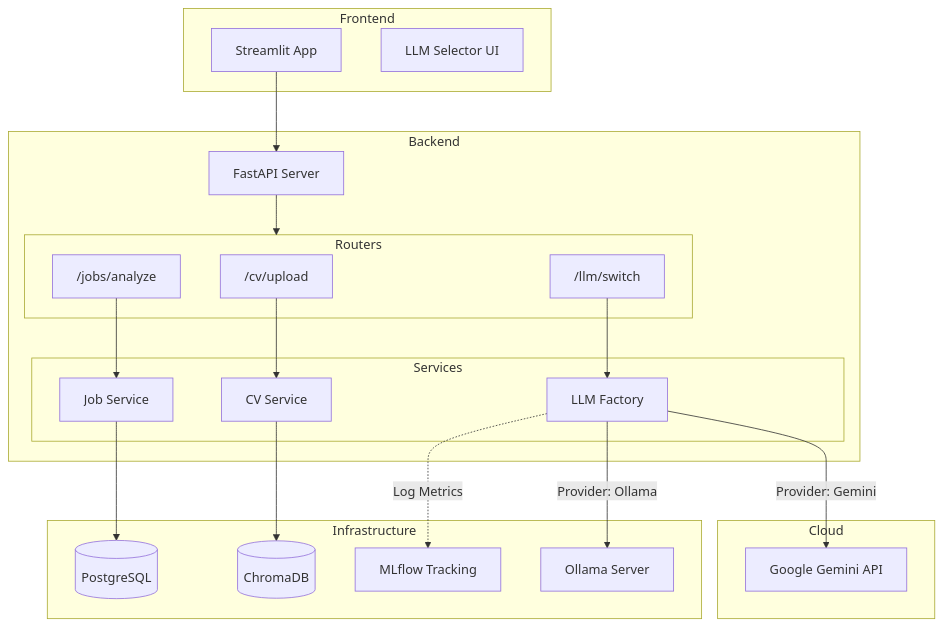
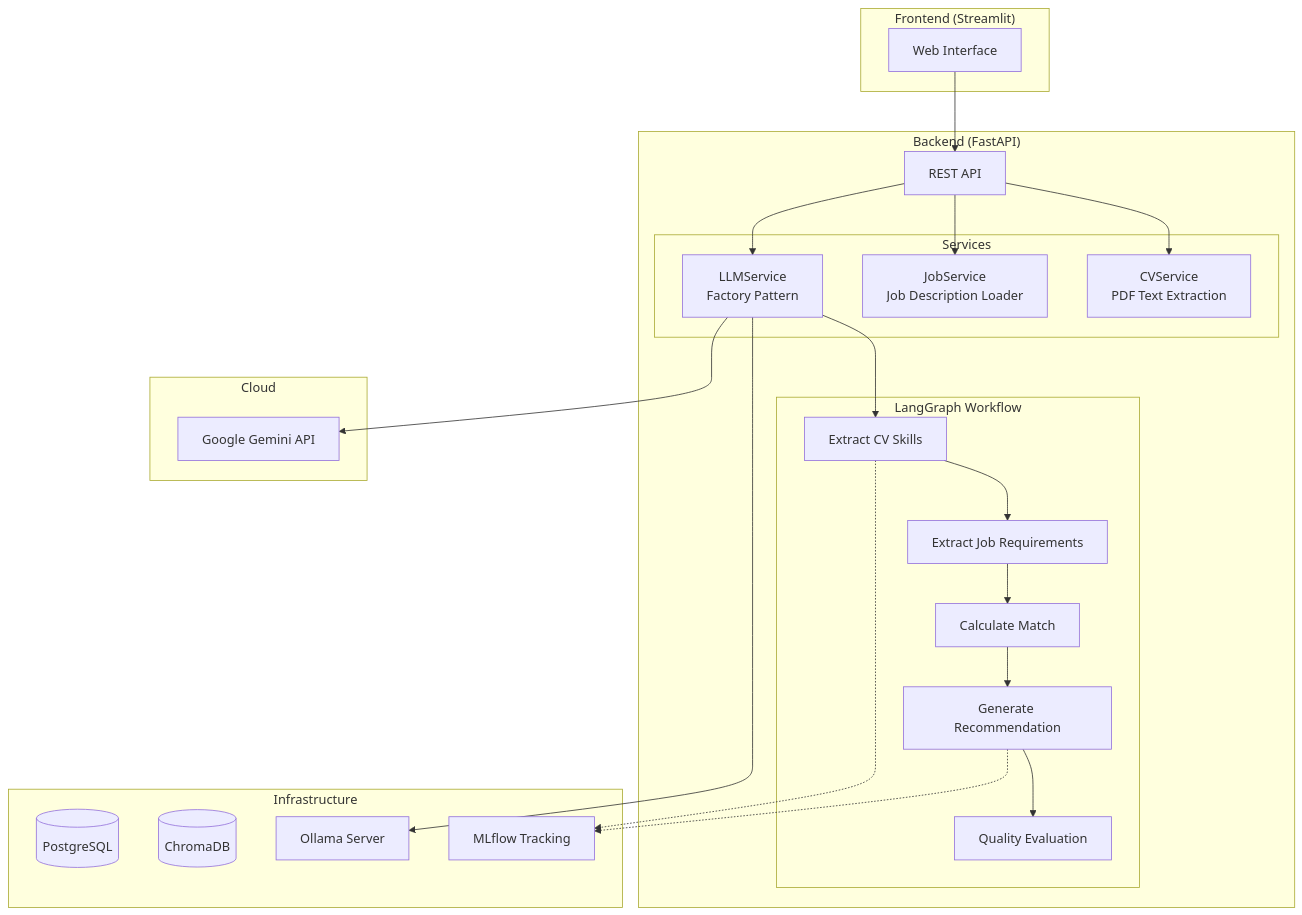
The diagram in README.md (ManuelFer92/hr_ai_filter), drawn with Mermaid before and after one commit. The commit also changed other lines of this file, not shown here.

````diff
--- a/README.md
+++ b/README.md
@@ -62,48 +39,45 @@
 ```mermaid
 graph TD
-    subgraph Frontend
-        ST[Streamlit App]
-        UI[LLM Selector UI]
+    subgraph Frontend["Frontend (Streamlit)"]
+        UI[Web Interface]
     end
 
-    subgraph Backend
-        API[FastAPI Server]
+    subgraph Backend["Backend (FastAPI)"]
+        API[REST API]
         
-        subgraph Routers
-            R_CV["/cv/upload"]
-            R_JOB["/jobs/analyze"]
-            R_LLM["/llm/switch"]
+        subgraph Services
+            CV[CVService<br/>PDF Text Extraction]
+            JOB[JobService<br/>Job Description Loader]
+            LLM[LLMService<br/>Factory Pattern]
         end
         
-        subgraph Services
-            S_CV[CV Service]
-            S_JOB[Job Service]
-            S_LLM[LLM Factory]
+        subgraph LangGraph["LangGraph Workflow"]
+            N1[Extract CV Skills]
+            N2[Extract Job Requirements]
+            N3[Calculate Match]
+            N4[Generate Recommendation]
+            N5[Quality Evaluation]
         end
     end
 
-    subgraph Infrastructure
-        DB[(PostgreSQL)]
+    subgraph Infra["Infrastructure"]
+        PG[(PostgreSQL)]
         CH[(ChromaDB)]
         ML[MLflow Tracking]
-        OLLAMA[Ollama Server]
-    end
-    
-    subgraph Cloud
-        GEMINI[Google Gemini API]
+        OL[Ollama Server]
     end
 
-    %% Flow
-    ST --> API
-    API --> Routers
-    R_CV --> S_CV
-    R_JOB --> S_JOB
-    R_LLM --> S_LLM
-    
-    S_LLM -->|Provider: Ollama| OLLAMA
-    S_LLM -->|Provider: Gemini| GEMINI
-    S_LLM -.->|Log Metrics| ML
-    
-    S_JOB --> DB
-    S_CV --> CH
+    subgraph Cloud
+        GEM[Google Gemini API]
+    end
+
+    UI --> API
+    API --> CV
+    API --> JOB
+    API --> LLM
+    LLM --> N1 --> N2 --> N3 --> N4 --> N5
+    LLM --> OL
+    LLM --> GEM
+    N1 -.-> ML
+    N4 -.-> ML
 ```
````
